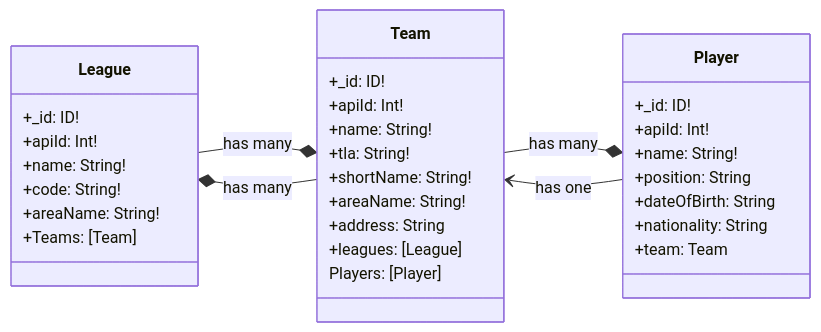
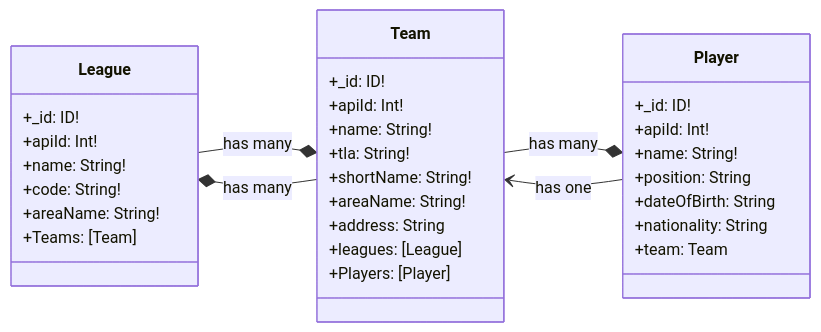
One commit to jeancaldron/Footleague-api changed the diagram in readme.md. Above: the diagram before and after it, drawn with Mermaid.

````diff
--- a/readme.md
+++ b/readme.md
@@ -60,36 +60,36 @@
 ```mermaid
 classDiagram
     direction LR
     League --* Team : has many
     Team --* League : has many
     Team --* Player : has many
     Player --> Team : has one
     class League {
         +_id: ID!
         +apiId: Int!
         +name: String!
         +code: String!
         +areaName: String!
         +Teams: [Team]
     }
     class Team {
         +_id: ID!
         +apiId: Int!
         +name: String!
         +tla: String!
         +shortName: String!
         +areaName: String!
         +address: String
         +leagues: [League]
-        Players: [Player]
+        +Players: [Player]
     }
     class Player {
         +_id: ID!
         +apiId: Int!
         +name: String!
         +position: String
         +dateOfBirth: String
         +nationality: String
         +team: Team
     }
 ```
````
